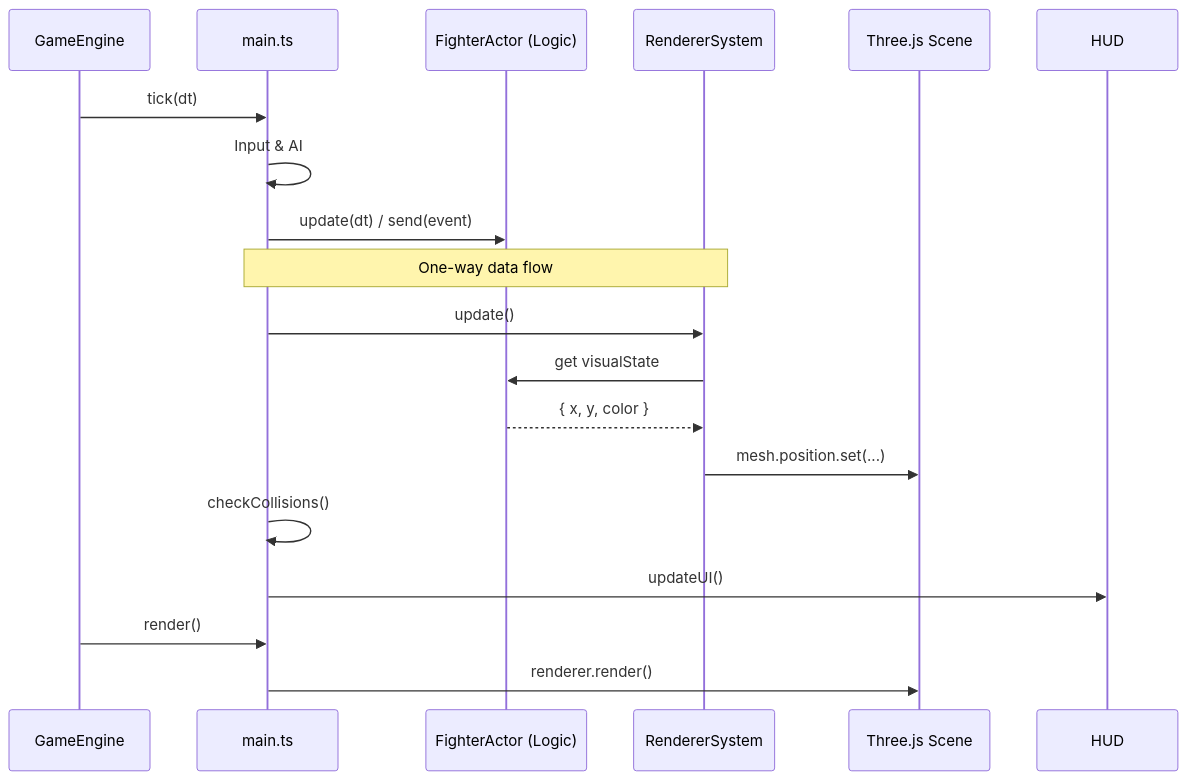
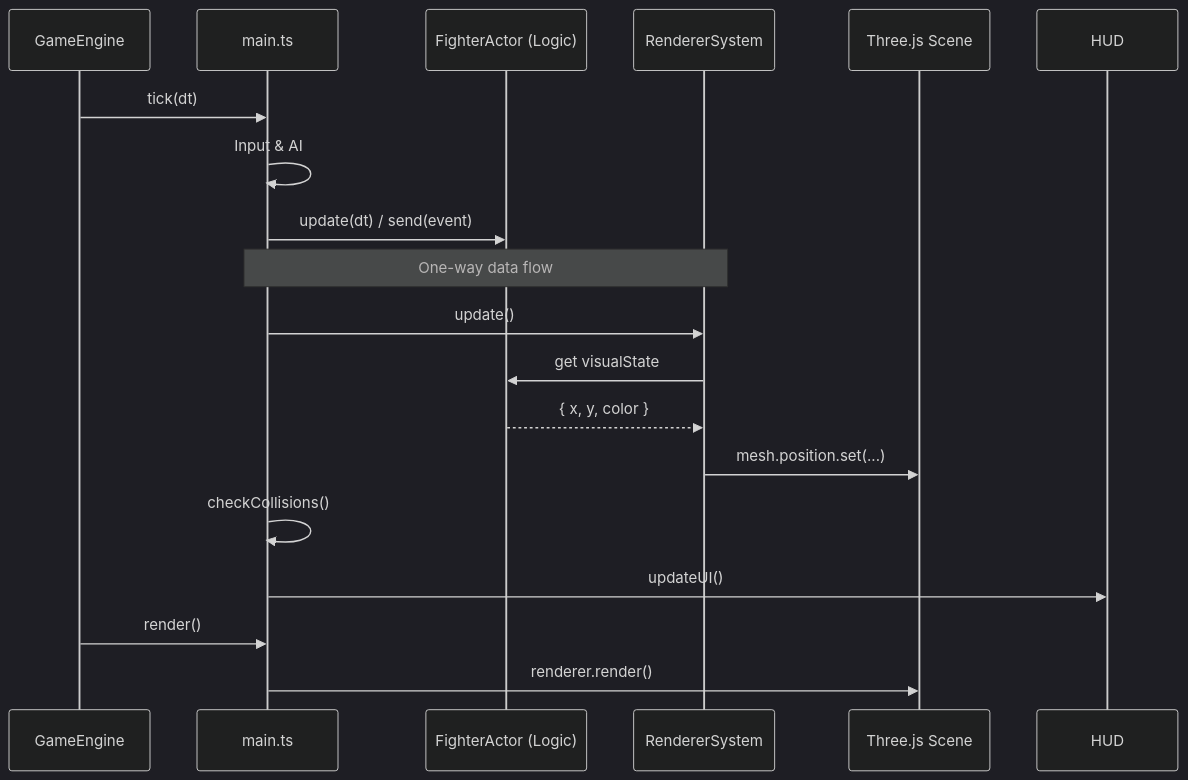
One commit to GhCristea/xstate-threejs-fighting-template changed the second of 2 diagrams in README.md. Above: the diagram before and after it, drawn with Mermaid.

Commit message:
Add mermaid config for sequence diagram in README

````diff
--- a/README.md
+++ b/README.md
@@ -127,24 +127,28 @@
 ```mermaid
+---
+config:
+  theme: dark
+---
 sequenceDiagram
   participant Engine as GameEngine
   participant Main as main.ts
   participant Logic as FighterActor (Logic)
   participant Vis as RendererSystem
   participant Three as Three.js Scene
 
   Engine->>Main: tick(dt)
   Main->>Main: Input & AI
   Main->>Logic: update(dt) / send(event)
 
   Note over Main, Vis: One-way data flow
   Main->>Vis: update()
   Vis->>Logic: get visualState
   Logic-->>Vis: { x, y, color }
   Vis->>Three: mesh.position.set(...)
 
   Main->>Main: checkCollisions()
   Main->>HUD: updateUI()
 
   Engine->>Main: render()
   Main->>Three: renderer.render()
 ```
````
